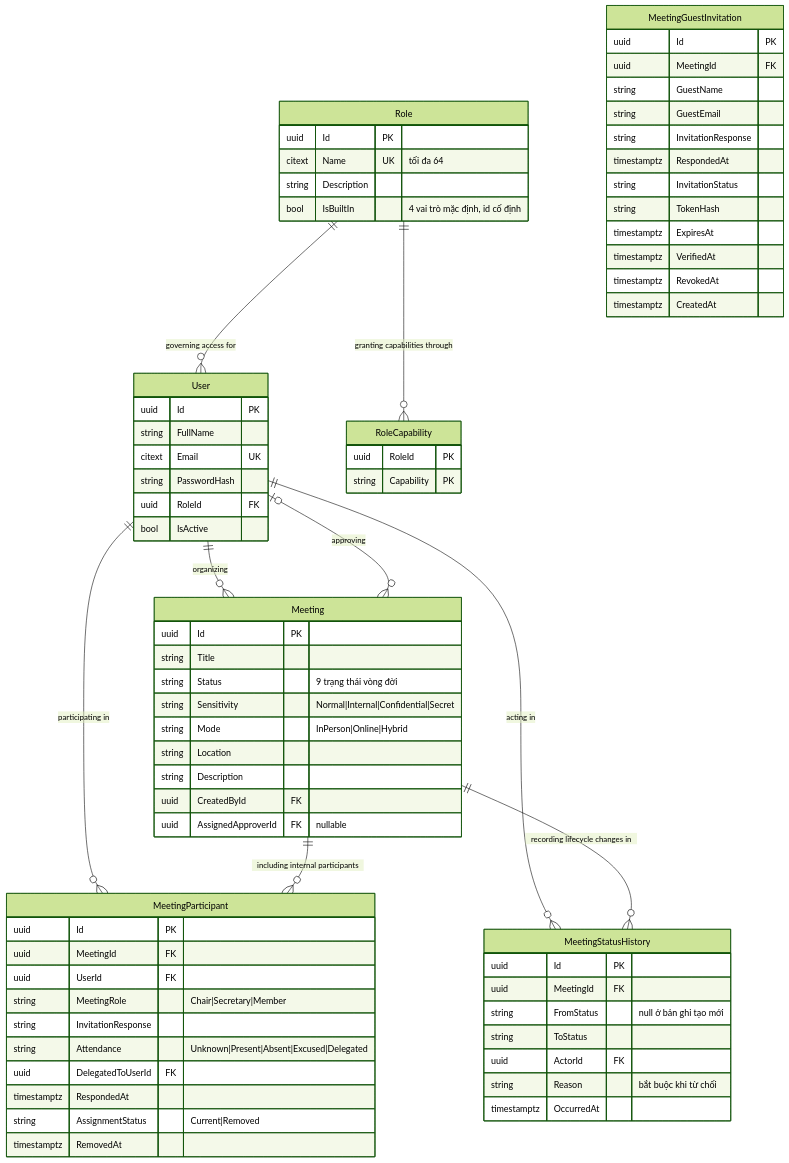
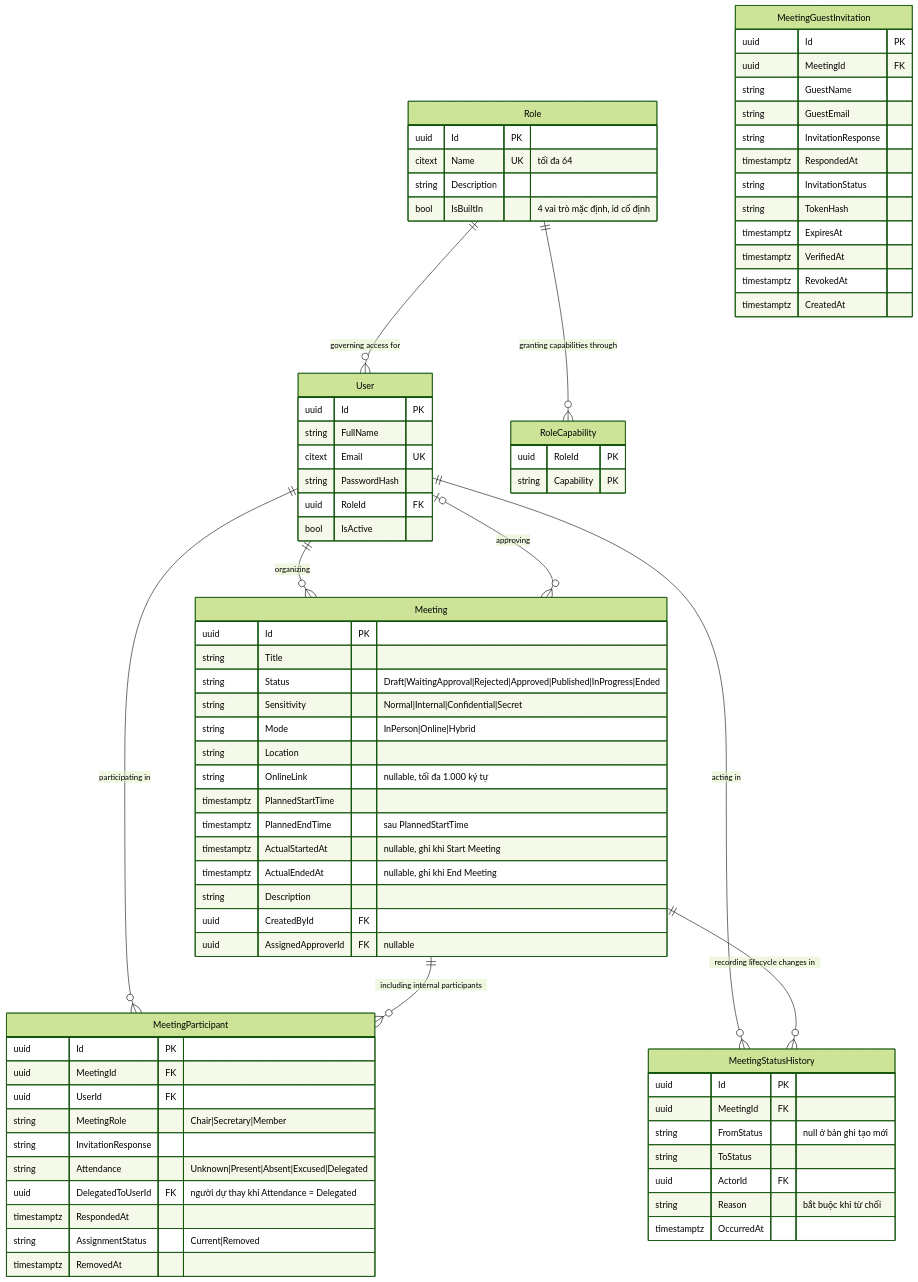
Before and after one commit to callmehai/FU-FA26-G116: the first of 6 diagrams in docs/02-design/02-erd.md, drawn with Mermaid (forest theme). The commit also changed other lines of this file and 244 other files, not shown here.

````diff
--- a/docs/02-design/02-erd.md
+++ b/docs/02-design/02-erd.md
@@ -72,76 +73,81 @@
 ```mermaid
 erDiagram
     Role ||--o{ User : "governing access for"
     Role ||--o{ RoleCapability : "granting capabilities through"
     User ||--o{ Meeting : "organizing"
     User o|--o{ Meeting : "approving"
     User ||--o{ MeetingParticipant : "participating in"
     User ||--o{ MeetingStatusHistory : "acting in"
     Meeting ||--o{ MeetingParticipant : "including internal participants"
     Meeting ||--o{ MeetingStatusHistory : "recording lifecycle changes in"
 
     User {
         uuid Id PK
         string FullName
         citext Email UK
         string PasswordHash
         uuid RoleId FK
         bool IsActive
     }
     Role {
         uuid Id PK
         citext Name UK "tối đa 64"
         string Description
         bool IsBuiltIn "4 vai trò mặc định, id cố định"
     }
     RoleCapability {
         uuid RoleId PK
         string Capability PK
     }
     Meeting {
         uuid Id PK
         string Title
-        string Status "9 trạng thái vòng đời"
+        string Status "Draft|WaitingApproval|Rejected|Approved|Published|InProgress|Ended"
         string Sensitivity "Normal|Internal|Confidential|Secret"
         string Mode "InPerson|Online|Hybrid"
         string Location
+        string OnlineLink "nullable, tối đa 1.000 ký tự"
+        timestamptz PlannedStartTime
+        timestamptz PlannedEndTime "sau PlannedStartTime"
+        timestamptz ActualStartedAt "nullable, ghi khi Start Meeting"
+        timestamptz ActualEndedAt "nullable, ghi khi End Meeting"
         string Description
         uuid CreatedById FK
         uuid AssignedApproverId FK "nullable"
     }
     MeetingParticipant {
         uuid Id PK
         uuid MeetingId FK
         uuid UserId FK
         string MeetingRole "Chair|Secretary|Member"
         string InvitationResponse
         string Attendance "Unknown|Present|Absent|Excused|Delegated"
-        uuid DelegatedToUserId FK
+        uuid DelegatedToUserId FK "người dự thay khi Attendance = Delegated"
         timestamptz RespondedAt
         string AssignmentStatus "Current|Removed"
         timestamptz RemovedAt
     }
     MeetingStatusHistory {
         uuid Id PK
         uuid MeetingId FK
         string FromStatus "null ở bản ghi tạo mới"
         string ToStatus
         uuid ActorId FK
         string Reason "bắt buộc khi từ chối"
         timestamptz OccurredAt
     }
     MeetingGuestInvitation {
         uuid Id PK
         uuid MeetingId FK
         string GuestName
         string GuestEmail
         string InvitationResponse
         timestamptz RespondedAt
         string InvitationStatus
         string TokenHash
         timestamptz ExpiresAt
         timestamptz VerifiedAt
         timestamptz RevokedAt
         timestamptz CreatedAt
     }
 ```
````
